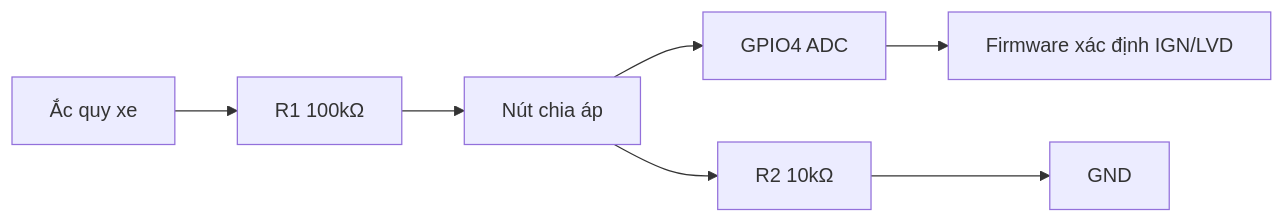
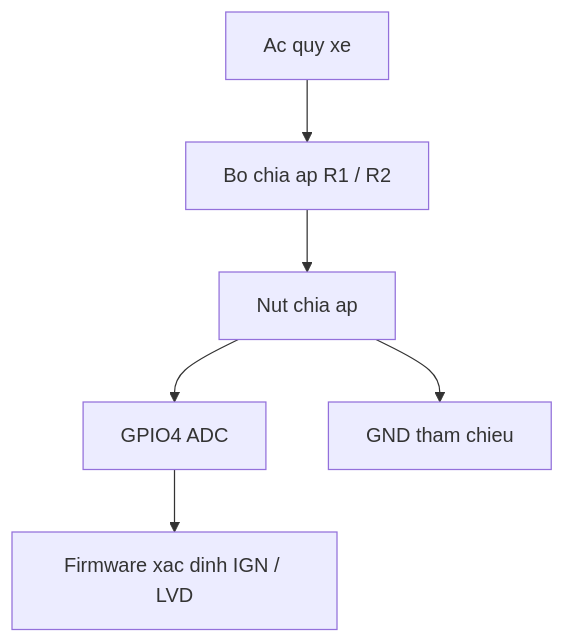
The diagram in resources/reports/thesis/final/assets/uml/07-chuong-4-trien-khai-hardware-hinh-4-3.mmd (anmh1205/IoT_Vehicle_Tracking_System), drawn with Mermaid before and after one commit. The commit also changed 705 other files, not shown here.

```diff
--- a/resources/reports/thesis/final/assets/uml/07-chuong-4-trien-khai-hardware-hinh-4-3.mmd
+++ b/resources/reports/thesis/final/assets/uml/07-chuong-4-trien-khai-hardware-hinh-4-3.mmd
@@ -1,7 +1,6 @@
-flowchart LR
-    UBatt["Ắc quy xe"] --> R1["R1 100kΩ"]
-    R1 --> Node["Nút chia áp"]
+flowchart TB
+    UBatt["Ac quy xe"] --> Divider["Bo chia ap R1 / R2"]
+    Divider --> Node["Nut chia ap"]
     Node --> ADC["GPIO4 ADC"]
-    Node --> R2["R2 10kΩ"]
-    R2 --> GND["GND"]
-    ADC --> Rule["Firmware xác định IGN/LVD"]
+    Node --> GND["GND tham chieu"]
+    ADC --> Rule["Firmware xac dinh IGN / LVD"]
```
